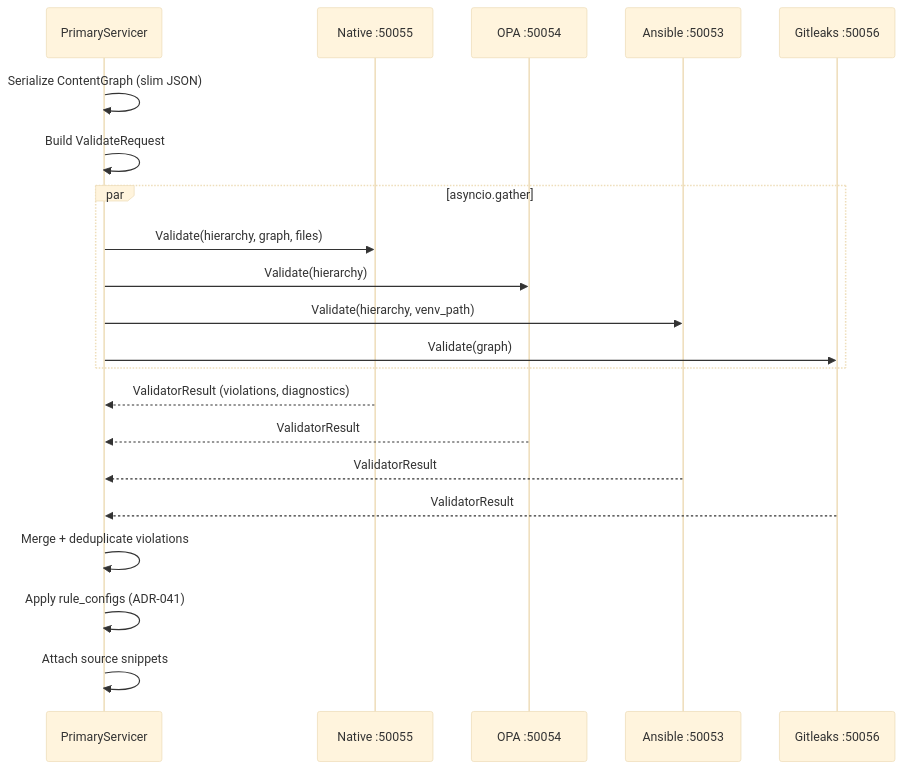
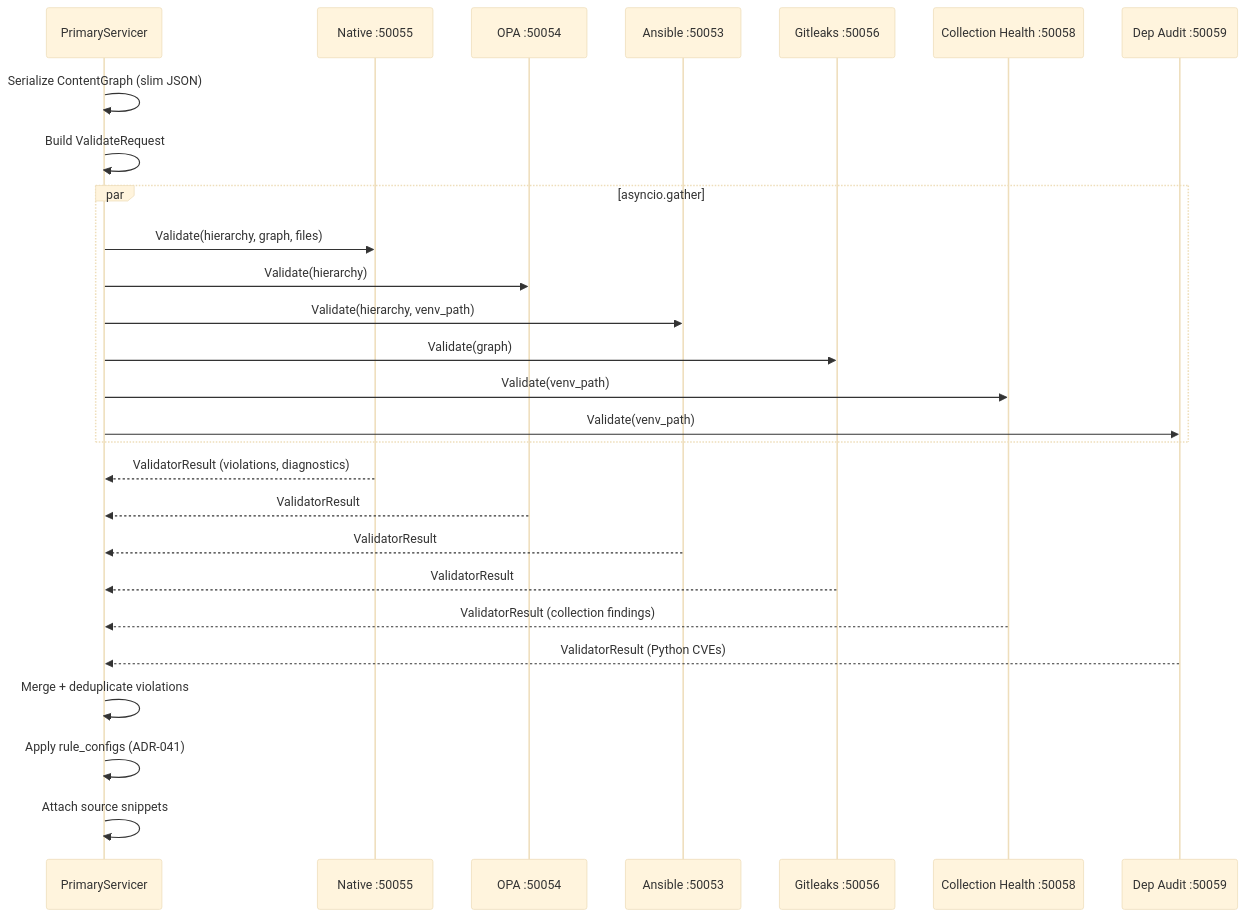
The diagram in docs/architecture/06-validator-fanout.md (ganeshrn/apme), drawn with Mermaid (base theme) before and after one commit. The commit also changed other lines of this file and 63 other files, not shown here.

First line of the commit message:
feat(daemon): add dependency health scanning with collection health and Python CVE validators (#260)

````diff
--- a/docs/architecture/06-validator-fanout.md
+++ b/docs/architecture/06-validator-fanout.md
@@ -14,27 +14,33 @@
 ```mermaid
 sequenceDiagram
     participant Primary as PrimaryServicer
     participant Native as Native :50055
     participant OPA as OPA :50054
     participant Ansible as Ansible :50053
     participant Gitleaks as Gitleaks :50056
+    participant CollHealth as Collection Health :50058
+    participant DepAudit as Dep Audit :50059
 
     Primary->>Primary: Serialize ContentGraph (slim JSON)
     Primary->>Primary: Build ValidateRequest
 
     par asyncio.gather
         Primary->>Native: Validate(hierarchy, graph, files)
         Primary->>OPA: Validate(hierarchy)
         Primary->>Ansible: Validate(hierarchy, venv_path)
         Primary->>Gitleaks: Validate(graph)
+        Primary->>CollHealth: Validate(venv_path)
+        Primary->>DepAudit: Validate(venv_path)
     end
 
     Native-->>Primary: ValidatorResult (violations, diagnostics)
     OPA-->>Primary: ValidatorResult
     Ansible-->>Primary: ValidatorResult
     Gitleaks-->>Primary: ValidatorResult
+    CollHealth-->>Primary: ValidatorResult (collection findings)
+    DepAudit-->>Primary: ValidatorResult (Python CVEs)
 
     Primary->>Primary: Merge + deduplicate violations
     Primary->>Primary: Apply rule_configs (ADR-041)
     Primary->>Primary: Attach source snippets
 ```
````
